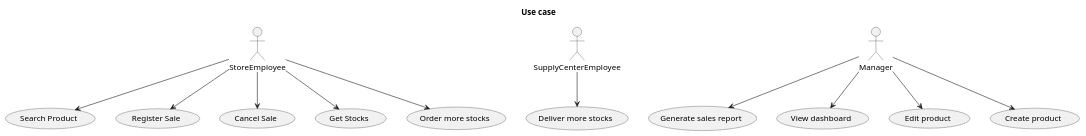
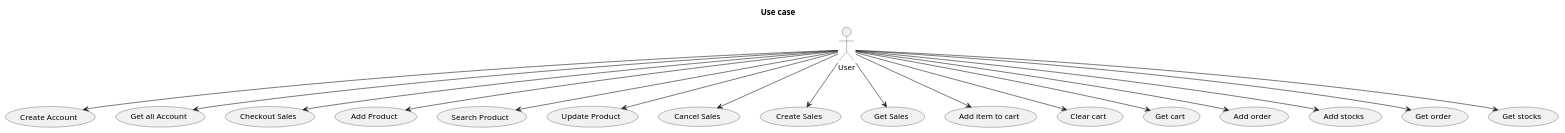
One commit to ThePhobosDeimosSuite/laboratoire-0_log430 changed the diagram in docs/UML/use_case.puml. Above: the diagram before and after it, drawn with PlantUML. The commit also changed 21 other files, not shown here.

```diff
--- a/docs/UML/use_case.puml
+++ b/docs/UML/use_case.puml
@@ -1,30 +1,47 @@
 @startuml use_case
 title Use case
-actor StoreEmployee
-actor SupplyCenterEmployee
-actor Manager
+actor User
 
-usecase "Search Product" as UC1
-usecase "Register Sale" as UC2
-usecase "Cancel Sale" as UC3
-usecase "Get Stocks" as UC4
-usecase "Order more stocks" as UC5
 
-usecase "Deliver more stocks" as UC6
+usecase "Create Account" as UC1
+usecase "Get all Account" as UC2
 
-usecase "Generate sales report" as UC7
-usecase "View dashboard" as UC8
-usecase "Edit product" as UC9
-usecase "Create product" as UC10
+usecase "Checkout Sales" as UC3
 
-StoreEmployee --> UC1
-StoreEmployee --> UC2
-StoreEmployee --> UC3
-StoreEmployee --> UC4
-StoreEmployee --> UC5
-SupplyCenterEmployee --> UC6
-Manager --> UC7
-Manager --> UC8
-Manager --> UC9
-Manager --> UC10
+usecase "Add Product" as UC4
+usecase "Search Product" as UC5
+usecase "Update Product" as UC6
+
+usecase "Cancel Sales" as UC7
+usecase "Create Sales" as UC8
+usecase "Get Sales" as UC9
+
+usecase "Add item to cart" as UC10
+usecase "Clear cart" as UC11
+usecase "Get cart" as UC12
+
+usecase "Add order" as UC13
+usecase "Add stocks" as UC14
+usecase "Get order" as UC15
+usecase "Get stocks" as UC16
+
+
+User --> UC1
+User --> UC2
+User --> UC3
+User --> UC4
+User --> UC5
+User --> UC6
+User --> UC7
+User --> UC8
+User --> UC9
+User --> UC10
+User --> UC11
+User --> UC12
+User --> UC13
+User --> UC14
+User --> UC15
+User --> UC16
+
+
 @enduml
```
